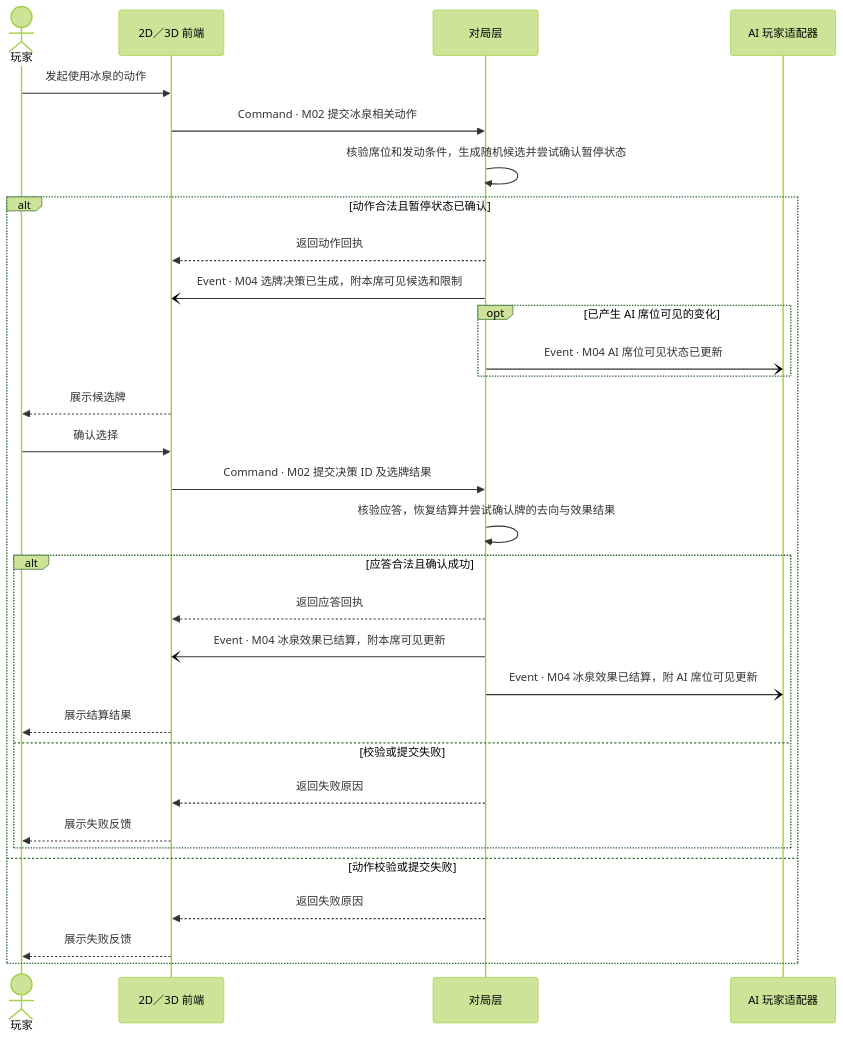
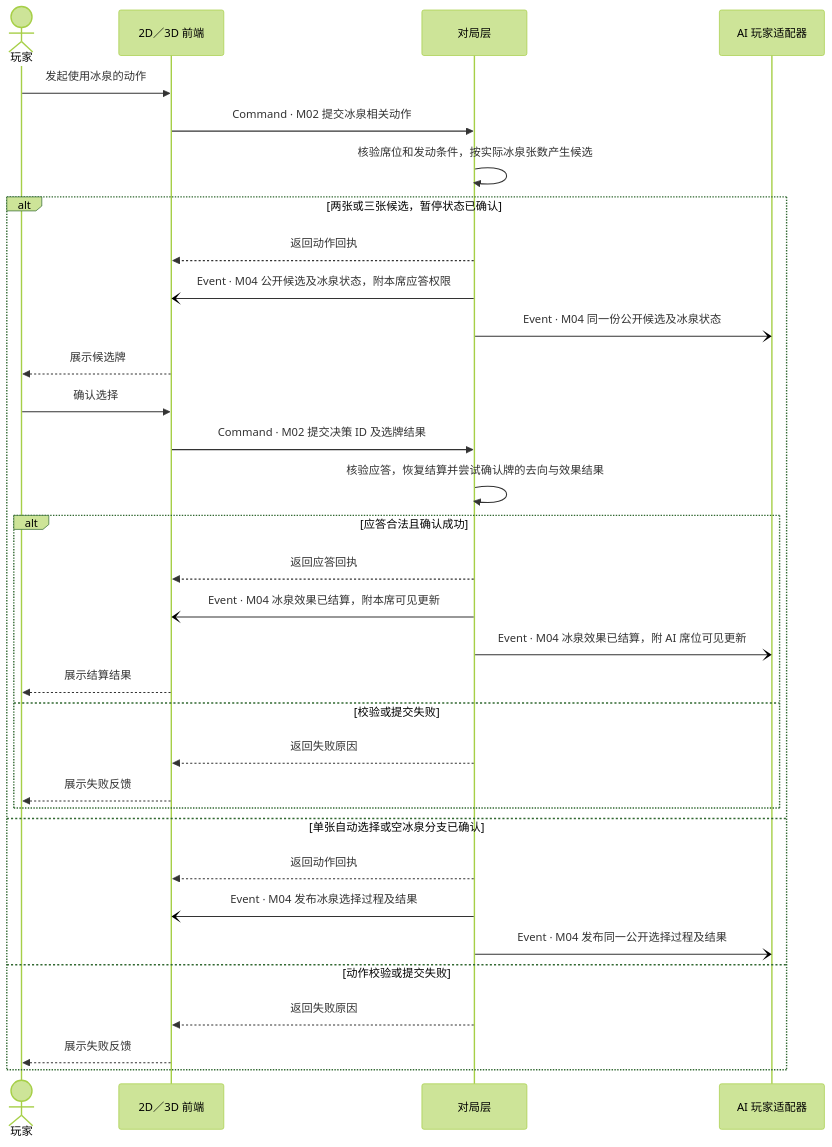
One commit to jigejiqiangshou/Critical-Provisional changed the tenth of 12 diagrams in specs/001-offline-game-refactor/contracts/scenario-sequences.md. Above: the diagram before and after it, drawn with Mermaid (forest theme). The commit also changed other lines of this file and 9 other files, not shown here.

````diff
--- a/specs/001-offline-game-refactor/contracts/scenario-sequences.md
+++ b/specs/001-offline-game-refactor/contracts/scenario-sequences.md
@@ -376,34 +383,36 @@
 ```mermaid
 sequenceDiagram
     actor P as 玩家
     participant F as 2D／3D 前端
     participant G as 对局层
     participant A as AI 玩家适配器
 
     P->>F: 发起使用冰泉的动作
     F->>G: Command · M02 提交冰泉相关动作
-    G->>G: 核验席位和发动条件，生成随机候选并尝试确认暂停状态
-    alt 动作合法且暂停状态已确认
+    G->>G: 核验席位和发动条件，按实际冰泉张数产生候选
+    alt 两张或三张候选，暂停状态已确认
         G-->>F: 返回动作回执
-        G-)F: Event · M04 选牌决策已生成，附本席可见候选和限制
-        opt 已产生 AI 席位可见的变化
-            G-)A: Event · M04 AI 席位可见状态已更新
-        end
+        G-)F: Event · M04 公开候选及冰泉状态，附本席应答权限
+        G-)A: Event · M04 同一份公开候选及冰泉状态
         F-->>P: 展示候选牌
         P->>F: 确认选择
         F->>G: Command · M02 提交决策 ID 及选牌结果
         G->>G: 核验应答，恢复结算并尝试确认牌的去向与效果结果
         alt 应答合法且确认成功
             G-->>F: 返回应答回执
             G-)F: Event · M04 冰泉效果已结算，附本席可见更新
             G-)A: Event · M04 冰泉效果已结算，附 AI 席位可见更新
             F-->>P: 展示结算结果
         else 校验或提交失败
             G-->>F: 返回失败原因
             F-->>P: 展示失败反馈
         end
+    else 单张自动选择或空冰泉分支已确认
+        G-->>F: 返回动作回执
+        G-)F: Event · M04 发布冰泉选择过程及结果
+        G-)A: Event · M04 发布同一公开选择过程及结果
     else 动作校验或提交失败
         G-->>F: 返回失败原因
         F-->>P: 展示失败反馈
     end
 ```
````
